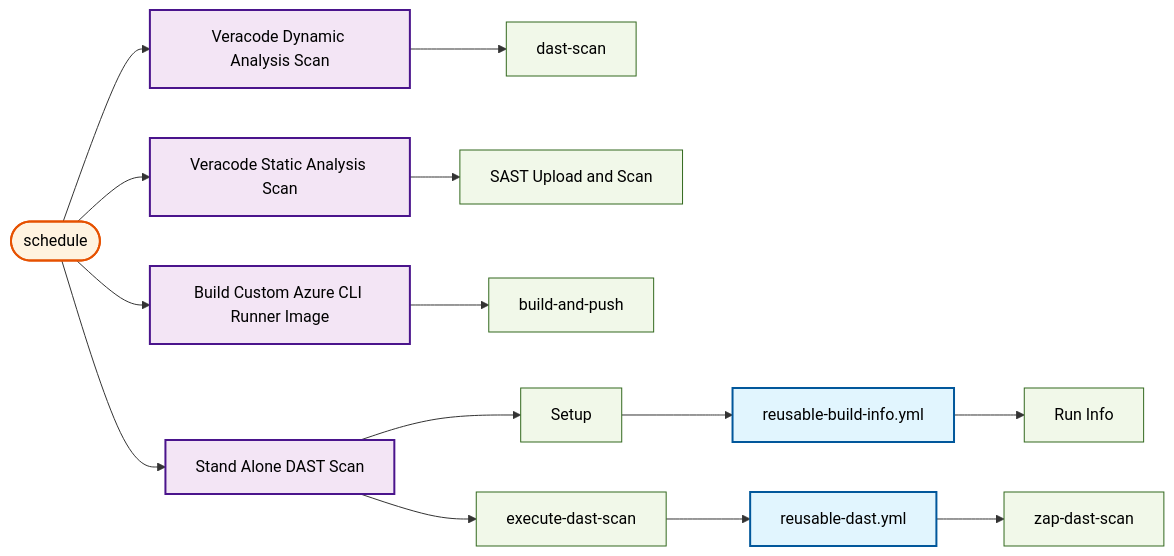
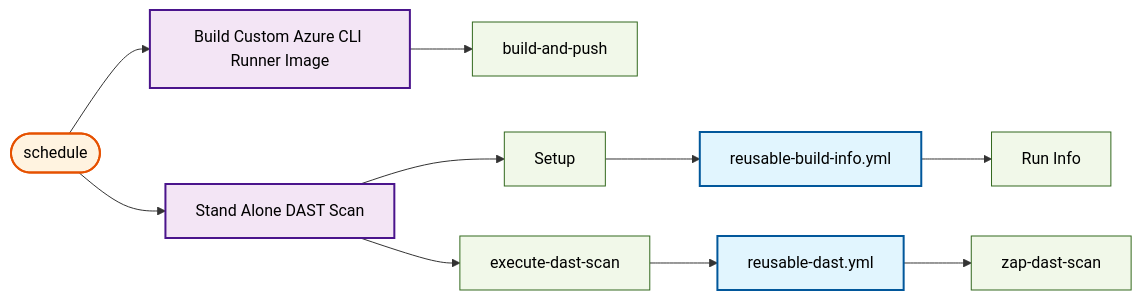
One commit to US-Trustee-Program/Bankruptcy-Oversight-Support-Systems changed the ninth of 21 diagrams in docs/operations/workflow-diagram.md. Above: the diagram before and after it, drawn with Mermaid. The commit also changed other lines of this file and 18 other files, not shown here.

````diff
--- a/docs/operations/workflow-diagram.md
+++ b/docs/operations/workflow-diagram.md
@@ -522,51 +483,39 @@
 ```mermaid
 flowchart LR
     trigger_schedule(["schedule"])
-    veracode_dast_scan_yml["Veracode Dynamic Analysis Scan"]
-    veracode_dast_scan_yml_dast_scan["dast-scan"]
-    veracode_sast_upload_yml["Veracode Static Analysis Scan"]
-    veracode_sast_upload_yml_sast_upload_and_scan["SAST Upload and Scan"]
     build_azure_cli_image_yml["Build Custom Azure CLI Runner Image"]
     build_azure_cli_image_yml_build_and_push["build-and-push"]
     dast_scan_yml["Stand Alone DAST Scan"]
     dast_scan_yml_setup["Setup"]
     reusable_build_info_yml["reusable-build-info.yml"]
     reusable_build_info_yml_build_info["Run Info"]
     dast_scan_yml_execute_dast_scan["execute-dast-scan"]
     reusable_dast_yml["reusable-dast.yml"]
     reusable_dast_yml_zap_dast_scan["zap-dast-scan"]
 
-    trigger_schedule --> veracode_dast_scan_yml
-    veracode_dast_scan_yml --> veracode_dast_scan_yml_dast_scan
-    trigger_schedule --> veracode_sast_upload_yml
-    veracode_sast_upload_yml --> veracode_sast_upload_yml_sast_upload_and_scan
     trigger_schedule --> build_azure_cli_image_yml
     build_azure_cli_image_yml --> build_azure_cli_image_yml_build_and_push
     trigger_schedule --> dast_scan_yml
     dast_scan_yml --> dast_scan_yml_setup
     reusable_build_info_yml --> reusable_build_info_yml_build_info
     dast_scan_yml_setup --> reusable_build_info_yml
     dast_scan_yml --> dast_scan_yml_execute_dast_scan
     reusable_dast_yml --> reusable_dast_yml_zap_dast_scan
     dast_scan_yml_execute_dast_scan --> reusable_dast_yml
 
     classDef reusable fill:#e1f5fe,stroke:#01579b,stroke-width:2px,color:#000000
     classDef mainWorkflow fill:#f3e5f5,stroke:#4a148c,stroke-width:2px,color:#000000
     classDef trigger fill:#fff3e0,stroke:#e65100,stroke-width:2px,color:#000000
     classDef job fill:#f1f8e9,stroke:#33691e,stroke-width:1px,color:#000000
 
     class trigger_schedule trigger
-    class veracode_dast_scan_yml mainWorkflow
-    class veracode_dast_scan_yml_dast_scan job
-    class veracode_sast_upload_yml mainWorkflow
-    class veracode_sast_upload_yml_sast_upload_and_scan job
     class build_azure_cli_image_yml mainWorkflow
     class build_azure_cli_image_yml_build_and_push job
     class dast_scan_yml mainWorkflow
     class dast_scan_yml_setup job
     class reusable_build_info_yml reusable
     class reusable_build_info_yml_build_info job
     class dast_scan_yml_execute_dast_scan job
     class reusable_dast_yml reusable
     class reusable_dast_yml_zap_dast_scan job
 ```
````
